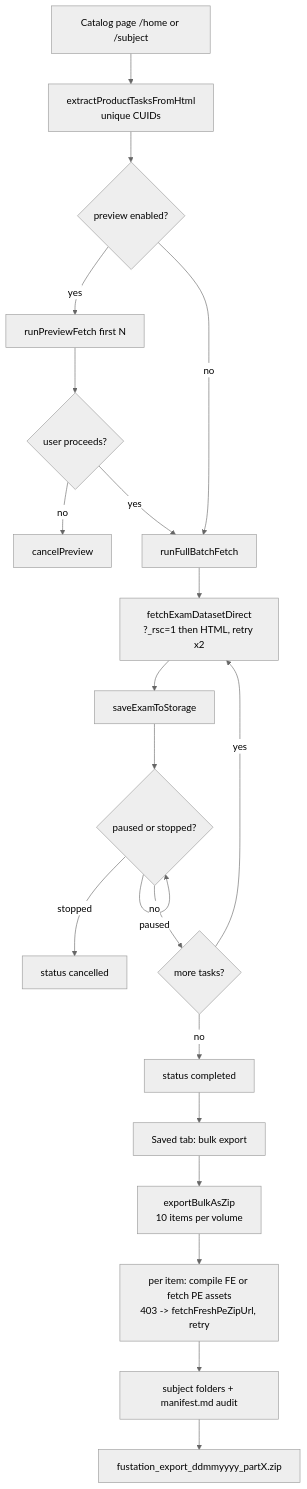
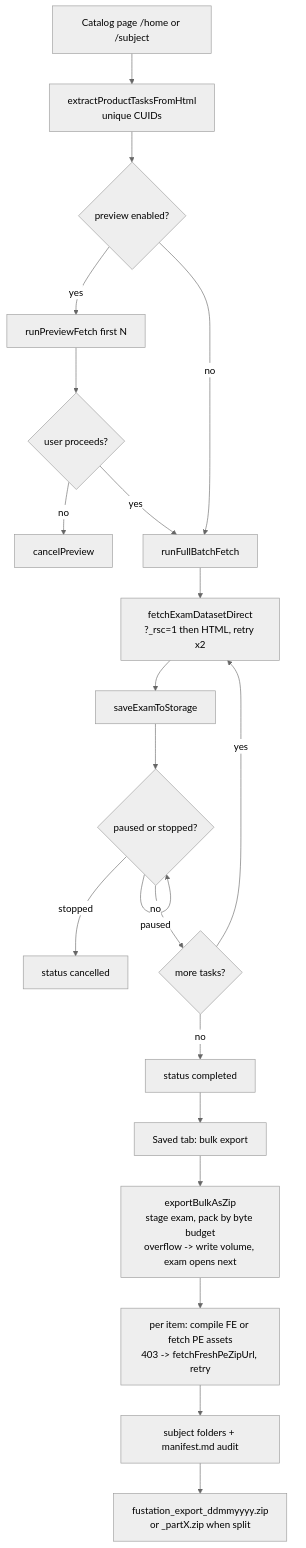
One commit to ruskicoder/fustation-tool changed the diagram in docs/flows/batch-fetch-and-bulk-export.mmd. Above: the diagram before and after it, drawn with Mermaid (neutral theme). The commit also changed 7 other files, not shown here.

First line of the commit message:
feat: pack bulk export ZIP volumes by byte size instead of 10 items

```diff
--- a/docs/flows/batch-fetch-and-bulk-export.mmd
+++ b/docs/flows/batch-fetch-and-bulk-export.mmd
@@ -1,21 +1,21 @@
 %% Batch discovery, fetch, and bulk ZIP export
 flowchart TD
     A["Catalog page /home or /subject"] --> B["extractProductTasksFromHtml<br/>unique CUIDs"]
     B --> C{"preview enabled?"}
     C -- yes --> D["runPreviewFetch first N"] --> E{"user proceeds?"}
     E -- no --> X["cancelPreview"]
     E -- yes --> F
     C -- no --> F["runFullBatchFetch"]
     F --> G["fetchExamDatasetDirect<br/>?_rsc=1 then HTML, retry x2"]
     G --> H["saveExamToStorage"]
     H --> I{"paused or stopped?"}
     I -- paused --> I
     I -- stopped --> Y["status cancelled"]
     I -- no --> J{"more tasks?"}
     J -- yes --> G
     J -- no --> K["status completed"]
     K --> L["Saved tab: bulk export"]
-    L --> M["exportBulkAsZip<br/>10 items per volume"]
+    L --> M["exportBulkAsZip<br/>stage exam, pack by byte budget<br/>overflow -> write volume, exam opens next"]
     M --> N["per item: compile FE or fetch PE assets<br/>403 -> fetchFreshPeZipUrl, retry"]
     N --> O["subject folders + manifest.md audit"]
-    O --> P["fustation_export_ddmmyyyy_partX.zip"]
+    O --> P["fustation_export_ddmmyyyy.zip<br/>or _partX.zip when split"]
```
